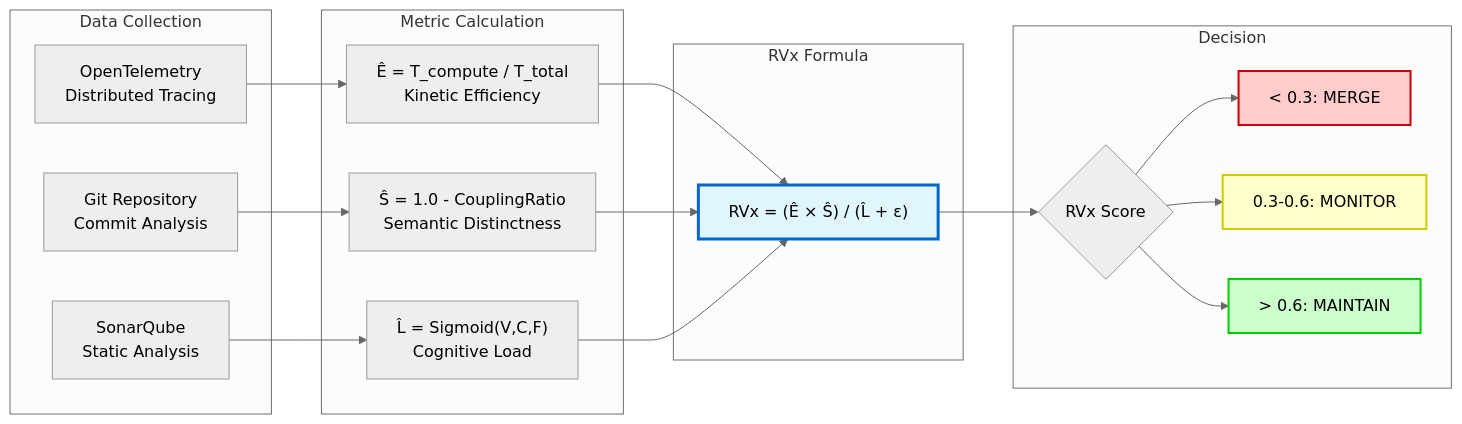
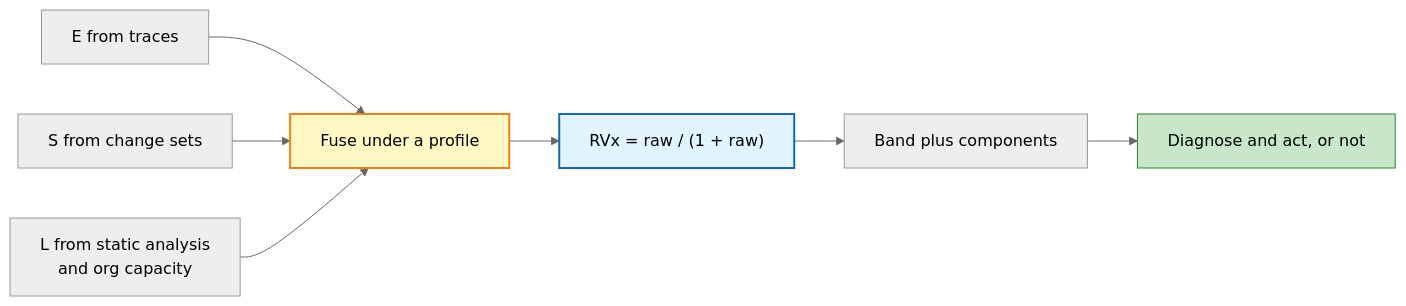
One commit to vaquarkhan/microservices-recipes-a-free-gitbook changed the diagram in assets/images/diagrams/rvx-calculation-flow.mmd. Above: the diagram before and after it, drawn with Mermaid (neutral theme). The commit also changed 151 other files, not shown here.

```diff
--- a/assets/images/diagrams/rvx-calculation-flow.mmd
+++ b/assets/images/diagrams/rvx-calculation-flow.mmd
@@ -1,41 +1,11 @@
-graph LR
-    subgraph "Data Collection"
-        A1[OpenTelemetry<br/>Distributed Tracing]
-        A2[Git Repository<br/>Commit Analysis]
-        A3[SonarQube<br/>Static Analysis]
-    end
-    
-    subgraph "Metric Calculation"
-        B1["Ê = T_compute / T_total<br/>Kinetic Efficiency"]
-        B2["Ŝ = 1.0 - CouplingRatio<br/>Semantic Distinctness"]
-        B3["L̂ = Sigmoid(V,C,F)<br/>Cognitive Load"]
-    end
-    
-    subgraph "RVx Formula"
-        C1["RVx = (Ê × Ŝ) / (L̂ + ε)"]
-    end
-    
-    subgraph "Decision"
-        D1{RVx Score}
-        D2["< 0.3: MERGE"]
-        D3["0.3-0.6: MONITOR"]
-        D4["> 0.6: MAINTAIN"]
-    end
-    
-    A1 --> B1
-    A2 --> B2
-    A3 --> B3
-    
-    B1 --> C1
-    B2 --> C1
-    B3 --> C1
-    
-    C1 --> D1
-    D1 --> D2
-    D1 --> D3
-    D1 --> D4
-    
-    style C1 fill:#e1f5ff,stroke:#0066cc,stroke-width:3px
-    style D2 fill:#ffcccc,stroke:#cc0000,stroke-width:2px
-    style D3 fill:#ffffcc,stroke:#cccc00,stroke-width:2px
-    style D4 fill:#ccffcc,stroke:#00cc00,stroke-width:2px
+flowchart LR
+    E[E from traces] --> F[Fuse under a profile]
+    S[S from change sets] --> F
+    L[L from static analysis<br/>and org capacity] --> F
+    F --> R["RVx = raw / (1 + raw)"]
+    R --> B[Band plus components]
+    B --> D[Diagnose and act, or not]
+
+    style F fill:#fff9c4,stroke:#f57f17,stroke-width:2px
+    style R fill:#e1f5ff,stroke:#1565c0,stroke-width:2px
+    style D fill:#c8e6c9,stroke:#2e7d32
```
